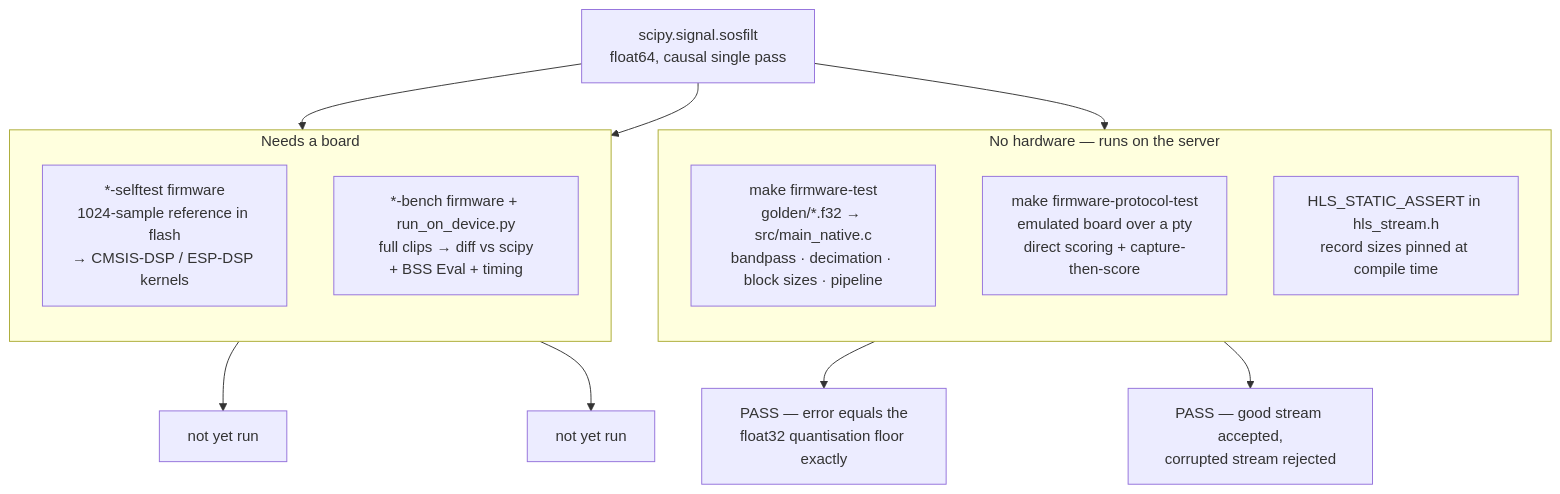
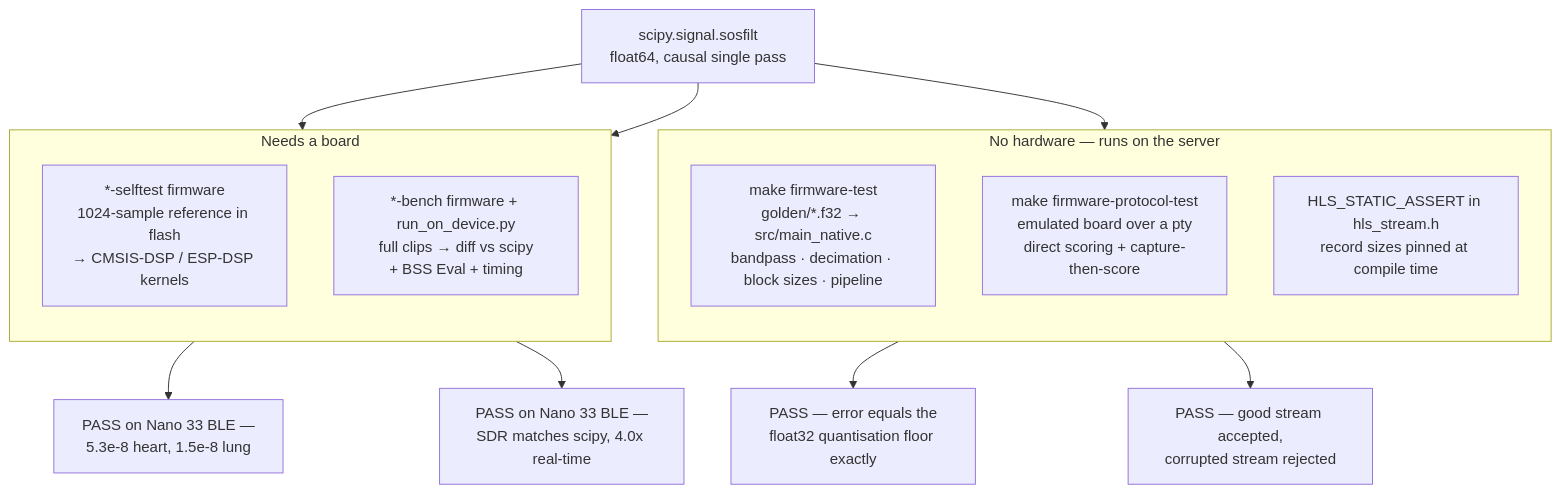
One commit to SouthsideProgramer/TEEP_Internship changed the fifth of 7 diagrams in firmware/pipeline.md. Above: the diagram before and after it, drawn with Mermaid. The commit also changed 2 other files, not shown here.

````diff
--- a/firmware/pipeline.md
+++ b/firmware/pipeline.md
@@ -143,25 +143,25 @@
 ```mermaid
 flowchart TB
     scipy["scipy.signal.sosfilt<br/>float64, causal single pass"]
 
     subgraph nohw["No hardware — runs on the server"]
         direction TB
         t1["make firmware-test<br/>golden/*.f32 → src/main_native.c<br/>bandpass · decimation · block sizes · pipeline"]
         t2["make firmware-protocol-test<br/>emulated board over a pty<br/>direct scoring + capture-then-score"]
         t3["HLS_STATIC_ASSERT in hls_stream.h<br/>record sizes pinned at compile time"]
     end
 
     subgraph hw["Needs a board"]
         direction TB
         t4["*-selftest firmware<br/>1024-sample reference in flash<br/>→ CMSIS-DSP / ESP-DSP kernels"]
         t5["*-bench firmware + run_on_device.py<br/>full clips → diff vs scipy<br/>+ BSS Eval + timing"]
     end
 
     scipy --> t1
     scipy --> t4
     scipy --> t5
     t1 --> v1["PASS — error equals the<br/>float32 quantisation floor exactly"]
     t2 --> v2["PASS — good stream accepted,<br/>corrupted stream rejected"]
-    t4 --> v4["not yet run"]
-    t5 --> v5["not yet run"]
+    t4 --> v4["PASS on Nano 33 BLE —<br/>5.3e-8 heart, 1.5e-8 lung"]
+    t5 --> v5["PASS on Nano 33 BLE —<br/>SDR matches scipy, 4.0x real-time"]
 ```
````
